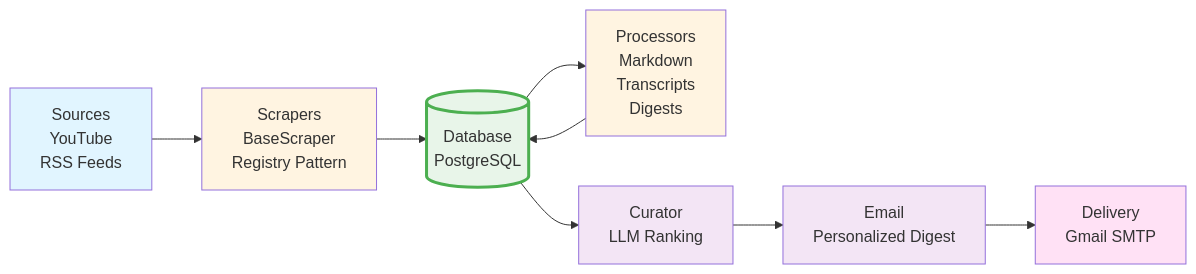
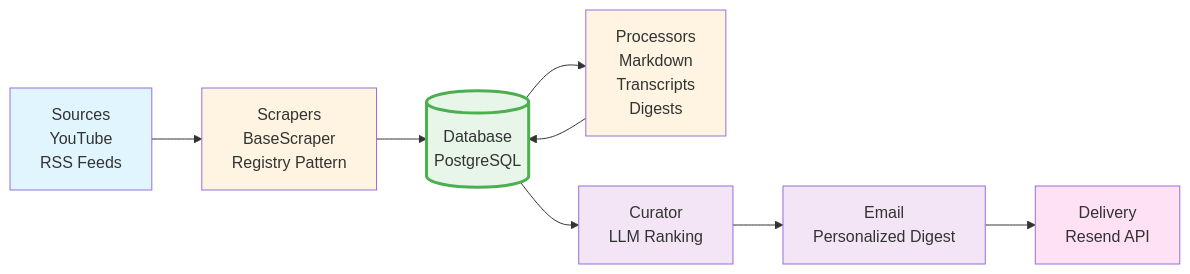
Before and after one commit to AnantGabhane/ai-news-aggregator: the diagram in README.md, drawn with Mermaid. The commit also changed other lines of this file and 9 other files, not shown here.

````diff
--- a/README.md
+++ b/README.md
@@ -16,18 +16,18 @@
 ```mermaid
 graph LR
     A[Sources<br/>YouTube<br/>RSS Feeds] --> B[Scrapers<br/>BaseScraper<br/>Registry Pattern]
     B --> C[(Database<br/>PostgreSQL)]
     C --> D[Processors<br/>Markdown<br/>Transcripts<br/>Digests]
     D --> C
     C --> E[Curator<br/>LLM Ranking]
     E --> F[Email<br/>Personalized Digest]
-    F --> G[Delivery<br/>Gmail SMTP]
+    F --> G[Delivery<br/>Resend API]
     
     style A fill:#e1f5ff
     style B fill:#fff4e1
     style C fill:#e8f5e9,stroke:#4caf50,stroke-width:3px
     style D fill:#fff4e1
     style E fill:#f3e5f5
     style F fill:#f3e5f5
     style G fill:#ffe1f5
 ```
````
